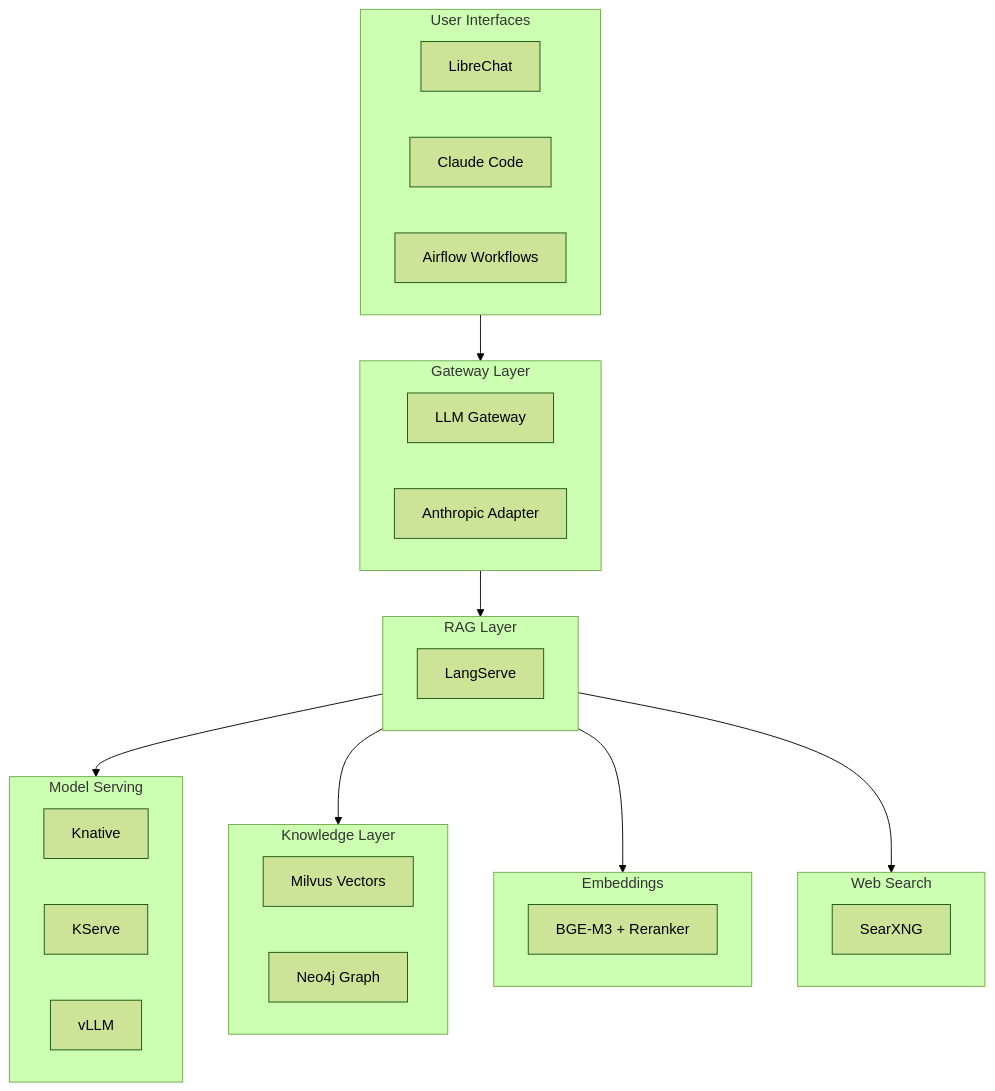
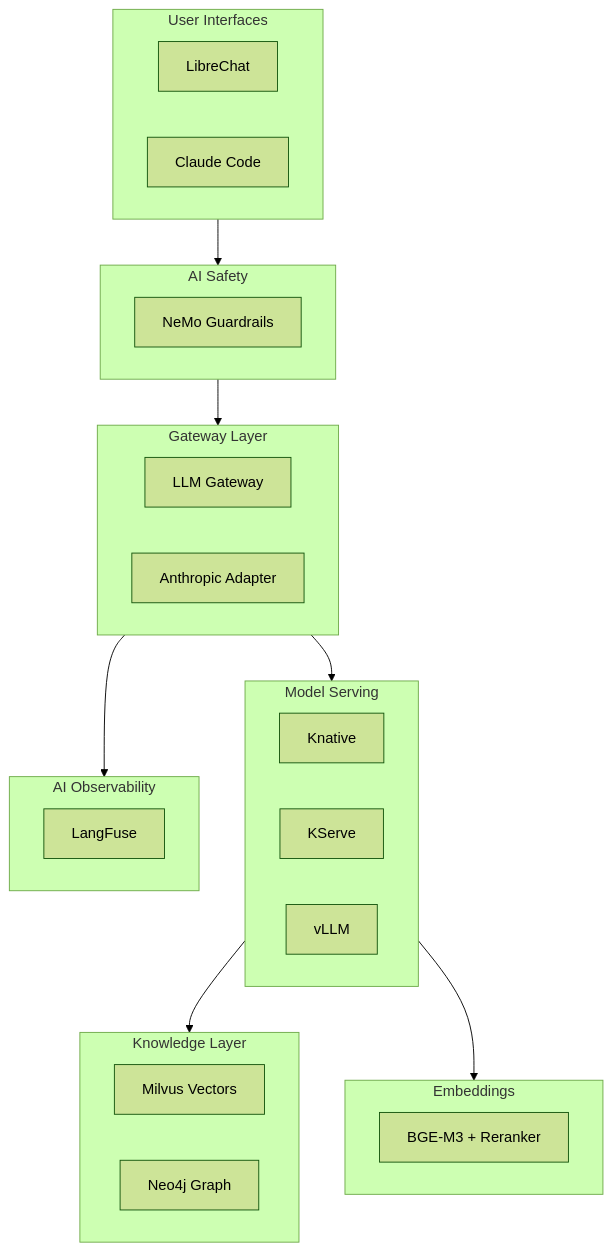
Before and after one commit to openova-io/openova: the fourth of 6 diagrams in docs/PLATFORM-TECH-STACK.md, drawn with Mermaid (forest theme). The commit also changed other lines of this file and 50 other files, not shown here.

````diff
--- a/docs/PLATFORM-TECH-STACK.md
+++ b/docs/PLATFORM-TECH-STACK.md
@@ -314,43 +388,42 @@
 ```mermaid
 flowchart TB
     subgraph UI["User Interfaces"]
         LibreChat[LibreChat]
         ClaudeCode[Claude Code]
-        Airflow[Airflow Workflows]
+    end
+
+    subgraph Safety["AI Safety"]
+        Guardrails[NeMo Guardrails]
     end
 
     subgraph Gateway["Gateway Layer"]
         LLMGateway[LLM Gateway]
         Adapter[Anthropic Adapter]
-    end
-
-    subgraph RAG["RAG Layer"]
-        LangServe[LangServe]
     end
 
     subgraph Serving["Model Serving"]
         Knative[Knative]
         KServe[KServe]
         vLLM[vLLM]
     end
 
     subgraph Knowledge["Knowledge Layer"]
         Milvus[Milvus Vectors]
         Neo4j[Neo4j Graph]
     end
 
     subgraph Embeddings["Embeddings"]
         BGE[BGE-M3 + Reranker]
     end
 
-    subgraph Search["Web Search"]
-        SearXNG[SearXNG]
+    subgraph Observability["AI Observability"]
+        LangFuse[LangFuse]
     end
 
-    UI --> Gateway
-    Gateway --> RAG
-    RAG --> Serving
-    RAG --> Knowledge
-    RAG --> Embeddings
-    RAG --> Search
+    UI --> Safety
+    Safety --> Gateway
+    Gateway --> Serving
+    Serving --> Knowledge
+    Serving --> Embeddings
+    Gateway --> Observability
 ```
````
